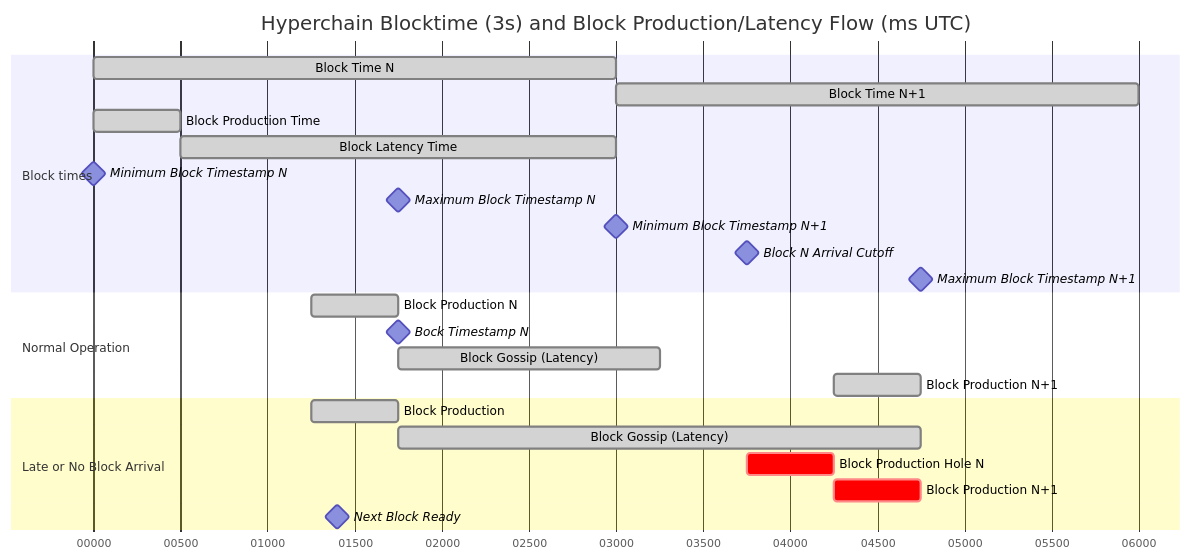
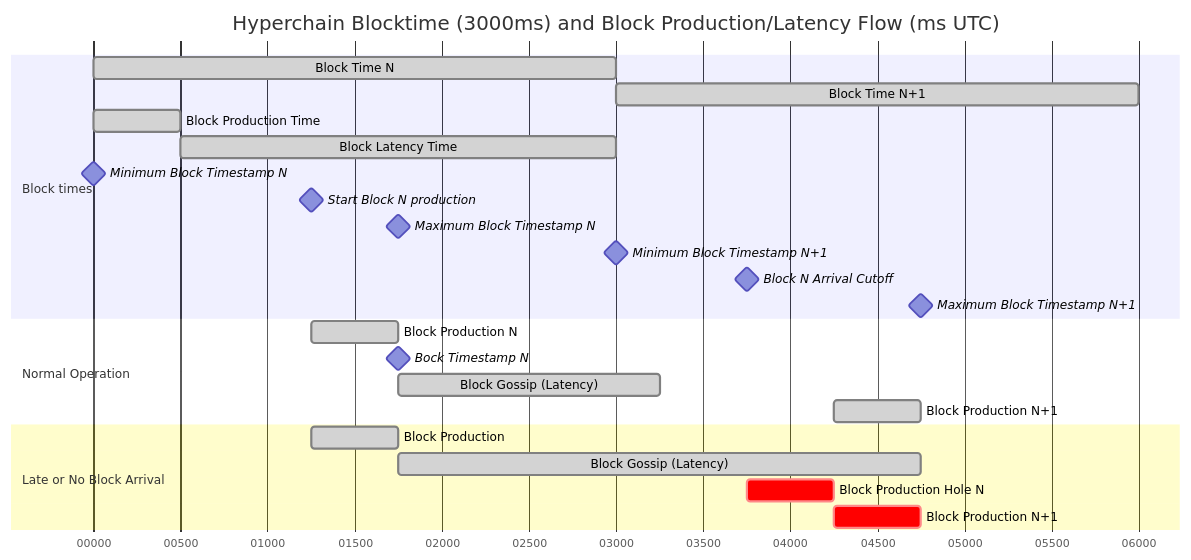
Before and after one commit to aeternity/hyperchains-whitepaper: diagram 11 of 11 in Periodically-Syncing-HyperChains.md, drawn with Mermaid. The commit also changed other lines of this file and 1 other file, not shown here.

````diff
--- a/Periodically-Syncing-HyperChains.md
+++ b/Periodically-Syncing-HyperChains.md
@@ -1072,30 +1075,30 @@
 ```mermaid
 gantt
     dateFormat  x
     axisFormat %S%L
-    title Hyperchain Blocktime (3s) and Block Production/Latency Flow (ms UTC)
+    title Hyperchain Blocktime (3000ms) and Block Production/Latency Flow (ms UTC)
 
     section Block times
     Block Time N: done, block_time, 0, 3000
     Block Time N+1: done, block_time, 3000, 6000
     Block Production Time: done, production_time, 0, 500
     Block Latency Time: done, latency_time, 500, 3000
     Minimum Block Timestamp N: milestone, min_block_timestamp, 0, 0
+    Start Block N production: milestone, max_block_timestamp, 1250, 1250
     Maximum Block Timestamp N: milestone, max_block_timestamp, 1750, 1750
     Minimum Block Timestamp N+1: milestone, min_block_timestamp, 3000, 3000
     Block N Arrival Cutoff: milestone, keyblock_arrived, 3750, 3750
     Maximum Block Timestamp N+1: milestone, keyblock_arrived, 4750, 4750
 
     section Normal Operation
     Block Production N: done, production_start, 1250, 1750
     Bock Timestamp N: milestone, min_block_timestamp, 1750, 1750
     Block Gossip (Latency): done, gossip_start, 1750, 3250
     Block Production N+1: done, production_start, 4250, 4750
 
     section Late or No Block Arrival
     Block Production: done, late_production_start, 1250, 1750
     Block Gossip (Latency): done, late_gossip_start, 1750, 4750
     Block Production Hole N: crit, late_process_start, 3750, 4250
     Block Production N+1: crit, late_process_start, 4250, 4750
-    Next Block Ready: milestone, late_keyblock_arrived, 2800, 0
 ```
````
